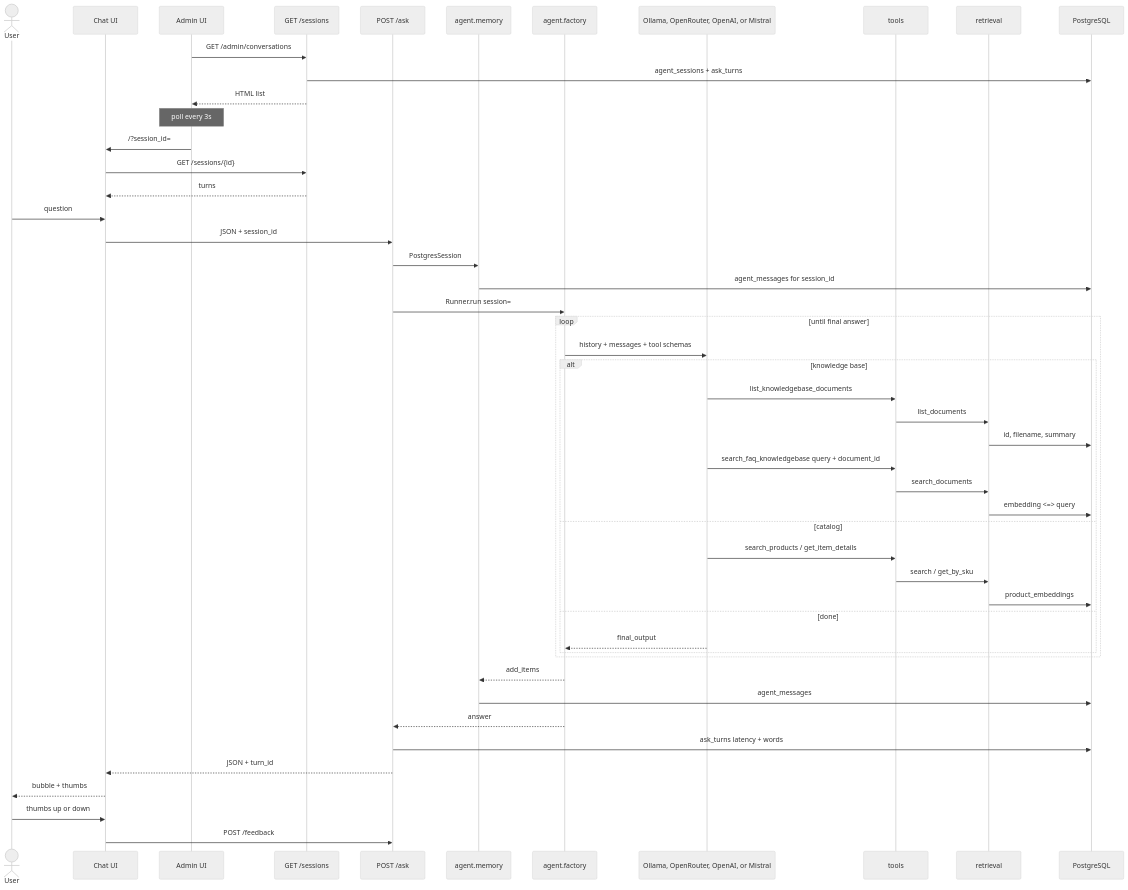
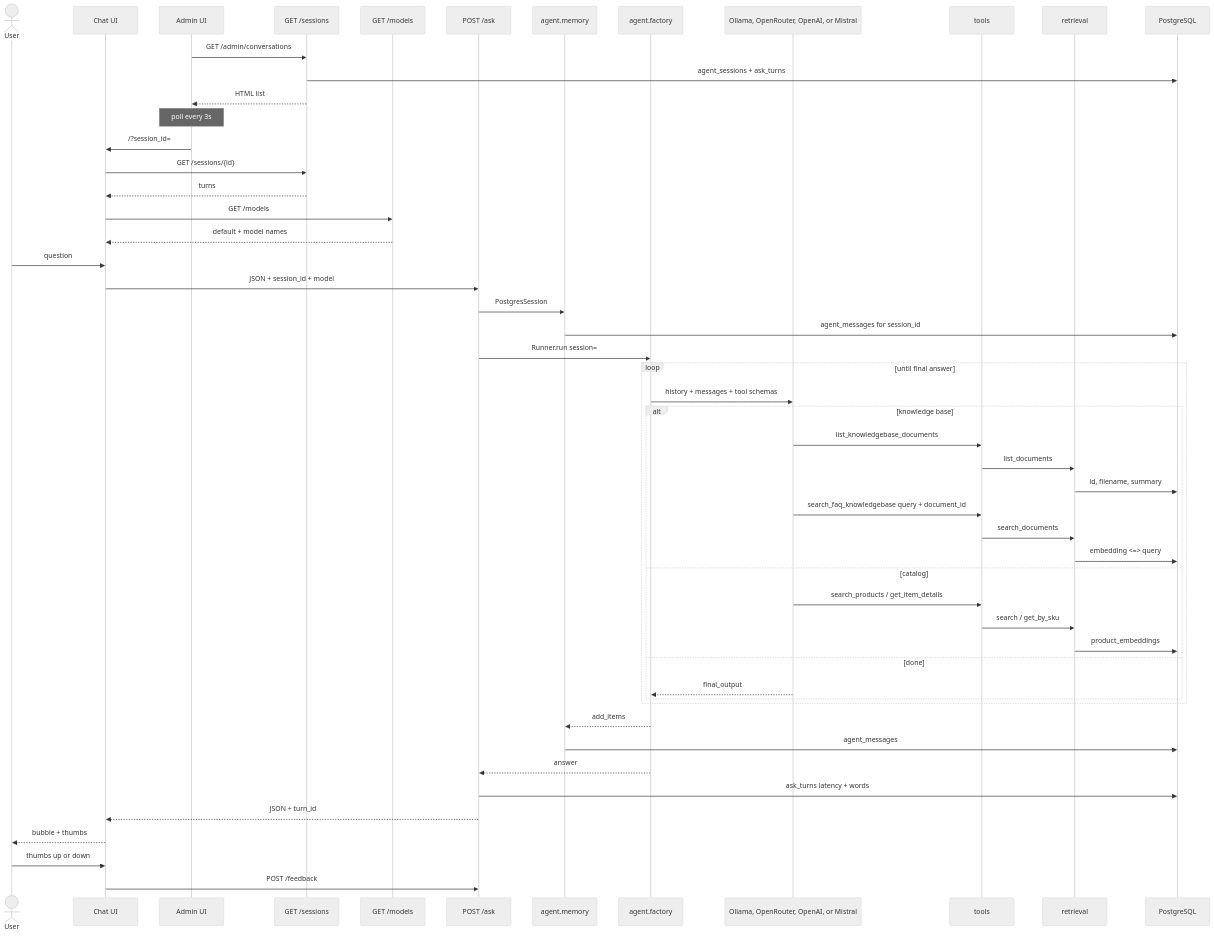
Before and after one commit to JJTorresDS/knowledge-agent: the third of 5 diagrams in architecture.md, drawn with Mermaid (neutral theme). The commit also changed other lines of this file and 9 other files, not shown here.

Commit message:
model can now be chosen from the ask ui for dynamic testing

````diff
--- a/architecture.md
+++ b/architecture.md
@@ -151,54 +153,57 @@
 ```mermaid
 sequenceDiagram
     actor User
     participant UI as Chat UI
     participant Admin as Admin UI
     participant Sessions as GET /sessions
+    participant Models as GET /models
     participant Ask as POST /ask
     participant Memory as agent.memory
     participant Agent as agent.factory
     participant LLM as Ollama, OpenRouter, OpenAI, or Mistral
     participant Tools as tools
     participant Retrieval as retrieval
     participant DB as PostgreSQL
 
     Admin->>Sessions: GET /admin/conversations
     Sessions->>DB: agent_sessions + ask_turns
     Sessions-->>Admin: HTML list
     Note over Admin: poll every 3s
     Admin->>UI: /?session_id=
     UI->>Sessions: GET /sessions/{id}
     Sessions-->>UI: turns
+    UI->>Models: GET /models
+    Models-->>UI: default + model names
     User->>UI: question
-    UI->>Ask: JSON + session_id
+    UI->>Ask: JSON + session_id + model
     Ask->>Memory: PostgresSession
     Memory->>DB: agent_messages for session_id
     Ask->>Agent: Runner.run session=
 
     loop until final answer
         Agent->>LLM: history + messages + tool schemas
         alt knowledge base
             LLM->>Tools: list_knowledgebase_documents
             Tools->>Retrieval: list_documents
             Retrieval->>DB: id, filename, summary
             LLM->>Tools: search_faq_knowledgebase query + document_id
             Tools->>Retrieval: search_documents
             Retrieval->>DB: embedding <=> query
         else catalog
             LLM->>Tools: search_products / get_item_details
             Tools->>Retrieval: search / get_by_sku
             Retrieval->>DB: product_embeddings
         else done
             LLM-->>Agent: final_output
         end
     end
 
     Agent-->>Memory: add_items
     Memory->>DB: agent_messages
     Agent-->>Ask: answer
     Ask->>DB: ask_turns latency + words
     Ask-->>UI: JSON + turn_id
     UI-->>User: bubble + thumbs
     User->>UI: thumbs up or down
     UI->>Ask: POST /feedback
 ```
````
